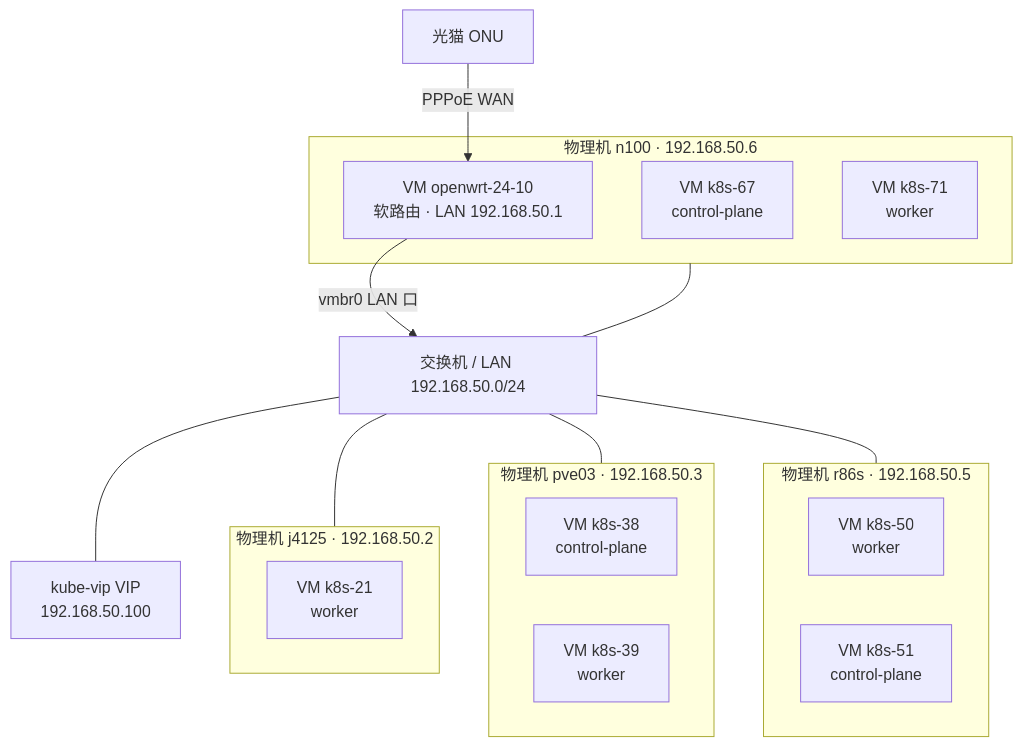
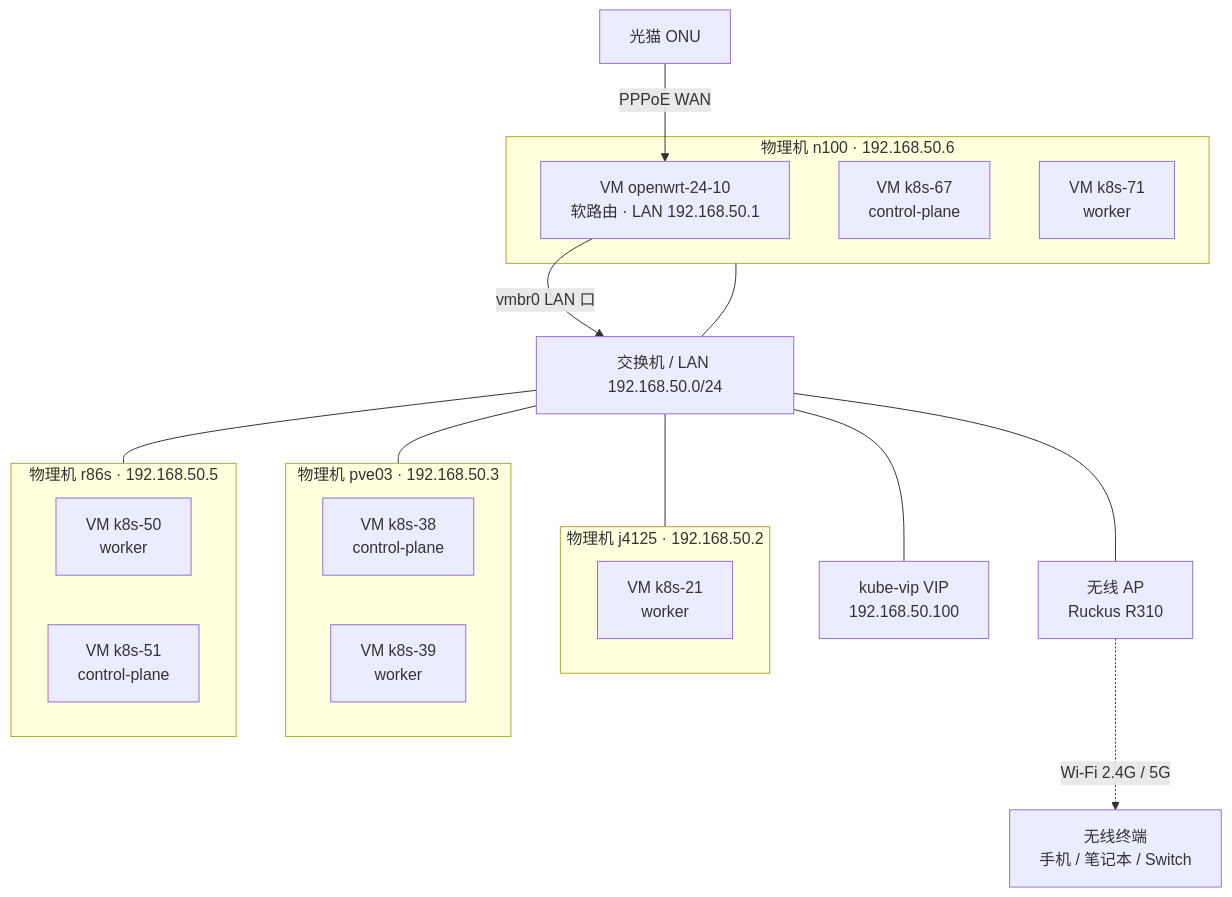
Before and after one commit to wiloon/blog: the diagram in content/post/cloud/homelab-topology.md, drawn with Mermaid. The commit also changed other lines of this file, not shown here.

````diff
--- a/content/post/cloud/homelab-topology.md
+++ b/content/post/cloud/homelab-topology.md
@@ -26,32 +26,34 @@
 ```mermaid
 flowchart TB
   onu["光猫 ONU"] -->|PPPoE WAN| openwrt
 
   subgraph n100_host["物理机 n100 · 192.168.50.6"]
     openwrt["VM openwrt-24-10<br/>软路由 · LAN 192.168.50.1"]
     k8s67["VM k8s-67<br/>control-plane"]
     k8s71["VM k8s-71<br/>worker"]
   end
 
   openwrt -->|vmbr0 LAN 口| lan["交换机 / LAN 192.168.50.0/24"]
 
   lan --- j4125_host
   lan --- pve03_host
   lan --- r86s_host
   lan --- n100_host
   lan --- vip["kube-vip VIP<br/>192.168.50.100"]
+  lan --- ap["无线 AP<br/>Ruckus R310"]
+  ap -.->|Wi-Fi 2.4G / 5G| wifi_clients["无线终端<br/>手机 / 笔记本 / Switch"]
 
   subgraph j4125_host["物理机 j4125 · 192.168.50.2"]
     k8s21["VM k8s-21<br/>worker"]
   end
 
   subgraph pve03_host["物理机 pve03 · 192.168.50.3"]
     k8s38["VM k8s-38<br/>control-plane"]
     k8s39["VM k8s-39<br/>worker"]
   end
 
   subgraph r86s_host["物理机 r86s · 192.168.50.5"]
     k8s50["VM k8s-50<br/>worker"]
     k8s51["VM k8s-51<br/>control-plane"]
   end
 ```
````
